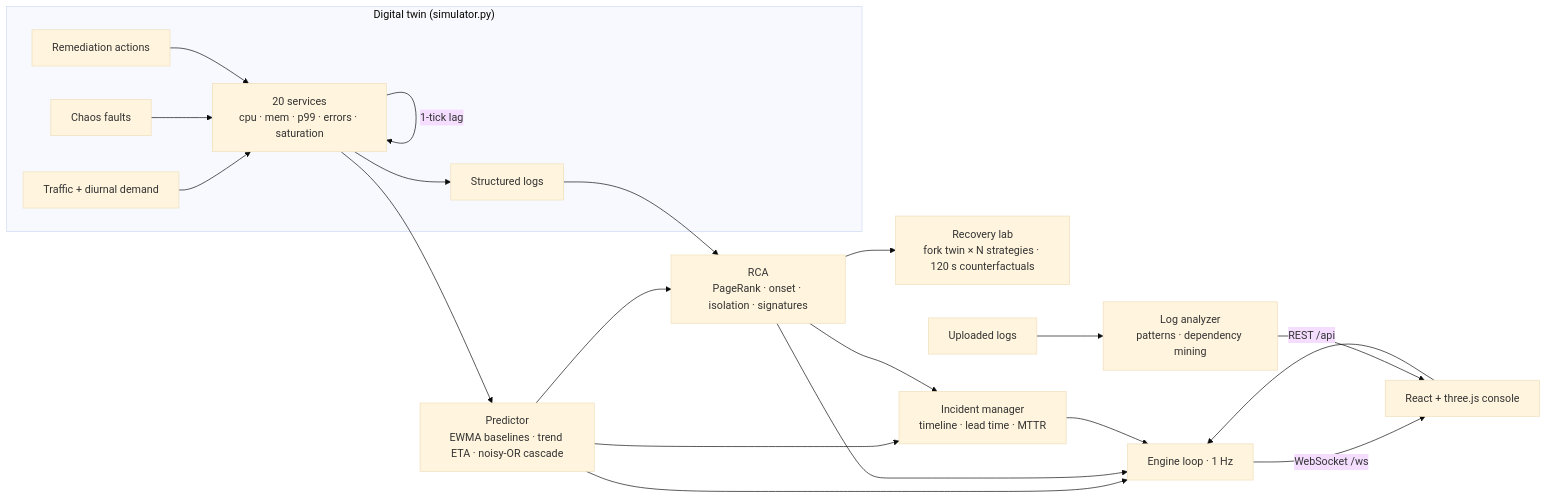
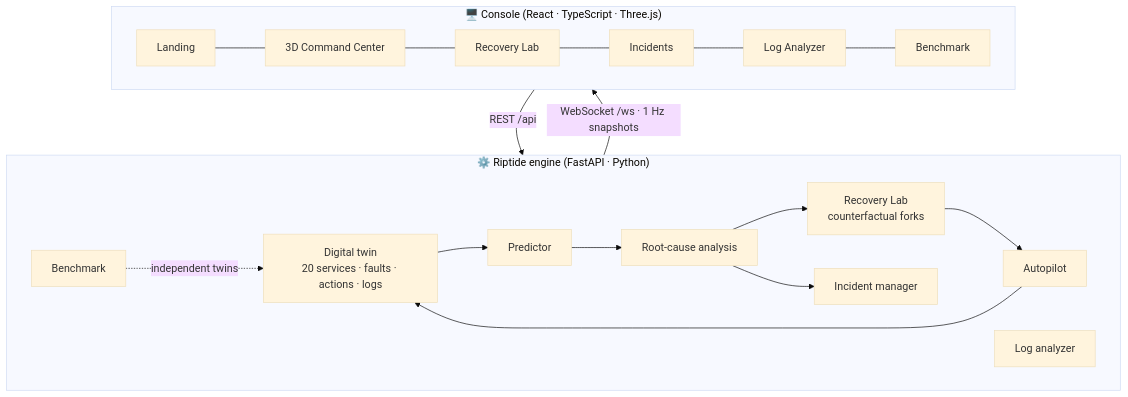
The second of 2 diagrams in README.md (daanialmirza5/riptide), drawn with Mermaid (base theme) before and after one commit. The commit also changed other lines of this file, not shown here.

Commit message:
Rewrite README with live demo, screenshots, results and architecture

````diff
--- a/README.md
+++ b/README.md
@@ -93,20 +162,20 @@
 ```mermaid
-flowchart LR
-  subgraph Twin["Digital twin (simulator.py)"]
-    T[Traffic + diurnal demand] --> S[20 services<br/>cpu · mem · p99 · errors · saturation]
-    F[Chaos faults] --> S
-    A[Remediation actions] --> S
-    S -->|1-tick lag| S
-    S --> L[Structured logs]
+flowchart TB
+  subgraph Engine["⚙️ Riptide engine (FastAPI · Python)"]
+    direction LR
+    T[Digital twin<br/>20 services · faults · actions · logs] --> P[Predictor]
+    P --> R[Root-cause analysis]
+    R --> X[Recovery Lab<br/>counterfactual forks]
+    R --> I[Incident manager]
+    X --> AP[Autopilot]
+    AP --> T
+    BM[Benchmark] -.independent twins.-> T
+    LA[Log analyzer]
   end
-  S --> P[Predictor<br/>EWMA baselines · trend ETA · noisy-OR cascade]
-  P --> R[RCA<br/>PageRank · onset · isolation · signatures]
-  L --> R
-  R --> X[Recovery lab<br/>fork twin × N strategies · 120 s counterfactuals]
-  P --> I[Incident manager<br/>timeline · lead time · MTTR]
-  R --> I
-  P & R & I --> E[Engine loop · 1 Hz]
-  E -->|WebSocket /ws| UI[React + three.js console]
-  UI -->|REST /api| E
-  U[Uploaded logs] --> LA[Log analyzer<br/>patterns · dependency mining] --> UI
+  Engine -- "WebSocket /ws · 1 Hz snapshots" --> UI
+  UI -- "REST /api" --> Engine
+  subgraph UI["🖥️ Console (React · TypeScript · Three.js)"]
+    direction LR
+    L[Landing] --- CC[3D Command Center] --- RL[Recovery Lab] --- IN[Incidents] --- AN[Log Analyzer] --- BE[Benchmark]
+  end
 ```
````
